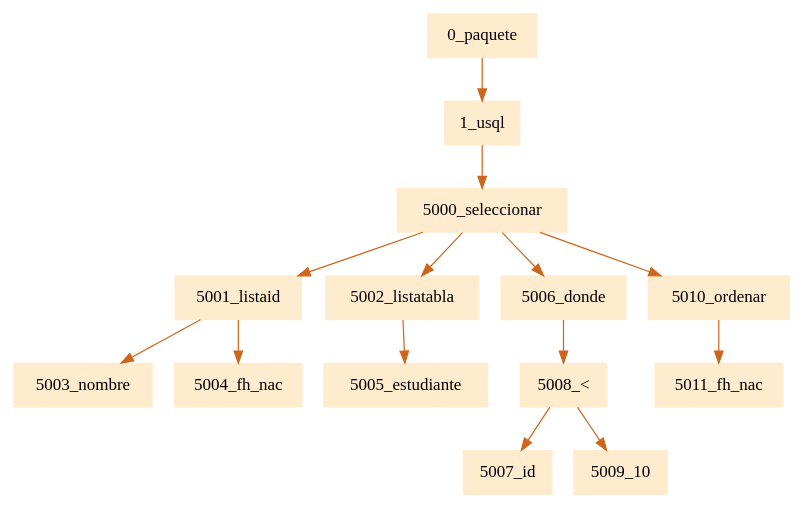
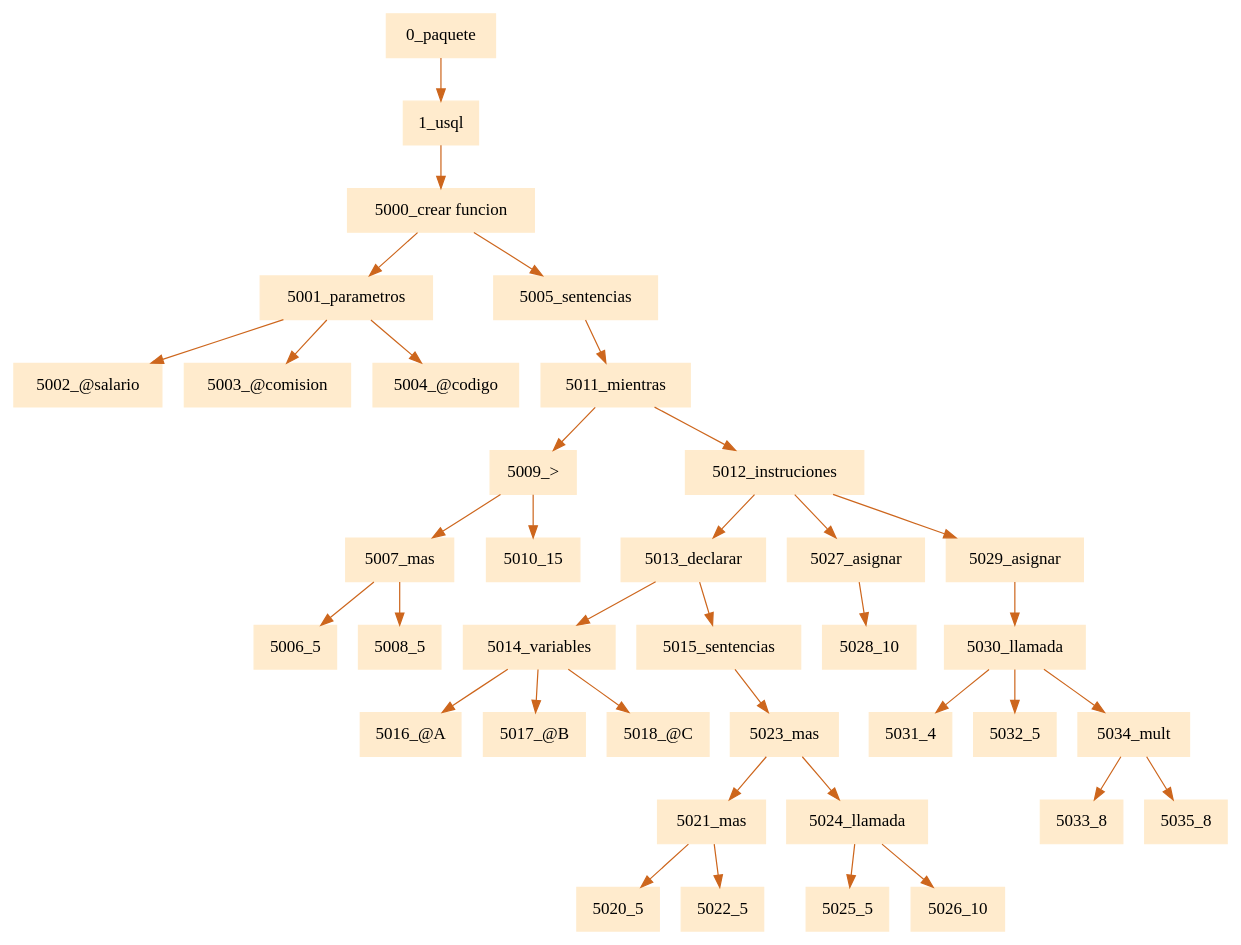
One commit to JamesMelgar/compi2javaccpr1 changed the diagram in pr1Compilarodores2/paquete.dot. Above: the diagram before and after it, drawn with Graphviz. The commit also changed 9 other files, not shown here.

```diff
--- a/pr1Compilarodores2/paquete.dot
+++ b/pr1Compilarodores2/paquete.dot
@@ -1,5 +1,5 @@
 digraph G {node[shape=box, style=filled, color=blanchedalmond]; edge[color=chocolate3];rankdir=UD 
 
-"0_paquete"->"1_usql""1_usql"->"5000_seleccionar""5000_seleccionar"->"5001_listaid""5001_listaid"->"5003_nombre""5001_listaid"->"5004_fh_nac""5000_seleccionar"->"5002_listatabla""5002_listatabla"->"5005_estudiante""5000_seleccionar"->"5006_donde""5006_donde"->"5008_<""5008_<"->"5007_id""5008_<"->"5009_10""5000_seleccionar"->"5010_ordenar""5010_ordenar"->"5011_fh_nac"
+"0_paquete"->"1_usql""1_usql"->"5000_crear funcion""5000_crear funcion"->"5001_parametros""5001_parametros"->"5002_@salario""5001_parametros"->"5003_@comision""5001_parametros"->"5004_@codigo""5000_crear funcion"->"5005_sentencias""5005_sentencias"->"5011_mientras""5011_mientras"->"5009_>""5009_>"->"5007_mas""5007_mas"->"5006_5""5007_mas"->"5008_5""5009_>"->"5010_15""5011_mientras"->"5012_instruciones""5012_instruciones"->"5013_declarar""5013_declarar"->"5014_variables""5014_variables"->"5016_@A""5014_variables"->"5017_@B""5014_variables"->"5018_@C""5013_declarar"->"5015_sentencias""5015_sentencias"->"5023_mas""5023_mas"->"5021_mas""5021_mas"->"5020_5""5021_mas"->"5022_5""5023_mas"->"5024_llamada""5024_llamada"->"5025_5""5024_llamada"->"5026_10""5012_instruciones"->"5027_asignar""5027_asignar"->"5028_10""5012_instruciones"->"5029_asignar""5029_asignar"->"5030_llamada""5030_llamada"->"5031_4""5030_llamada"->"5032_5""5030_llamada"->"5034_mult""5034_mult"->"5033_8""5034_mult"->"5035_8"
 
 }
```
